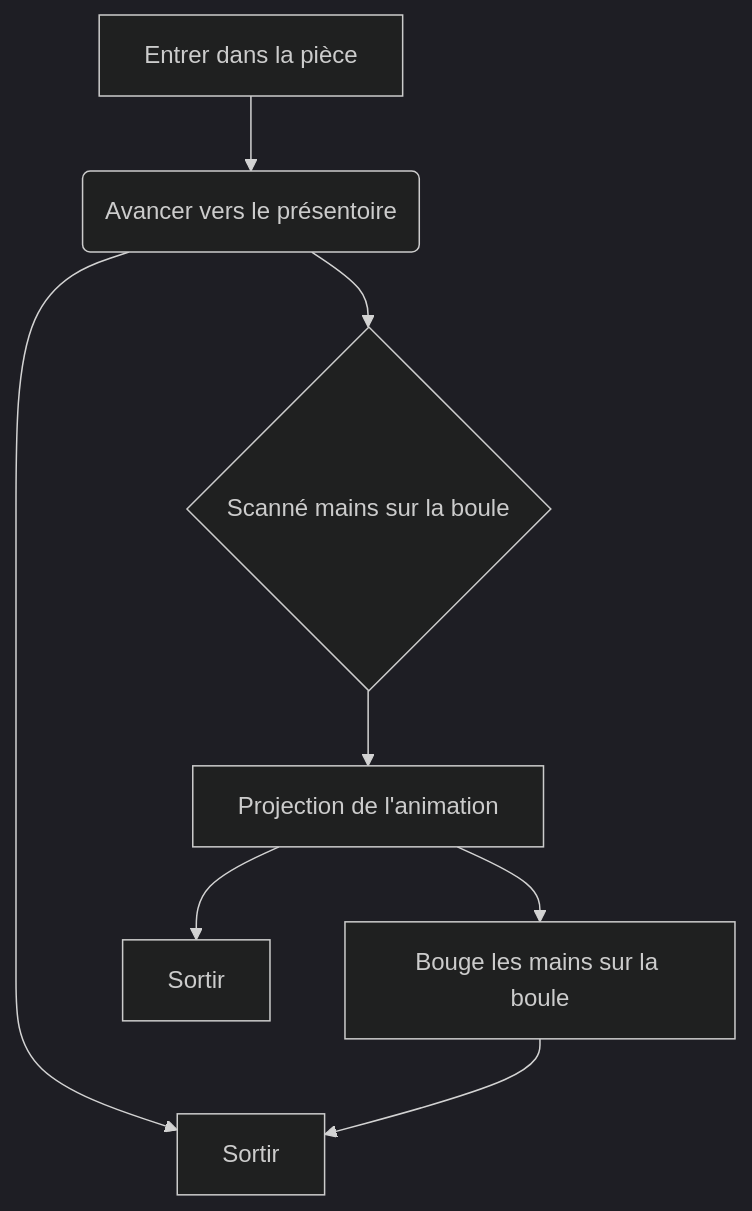
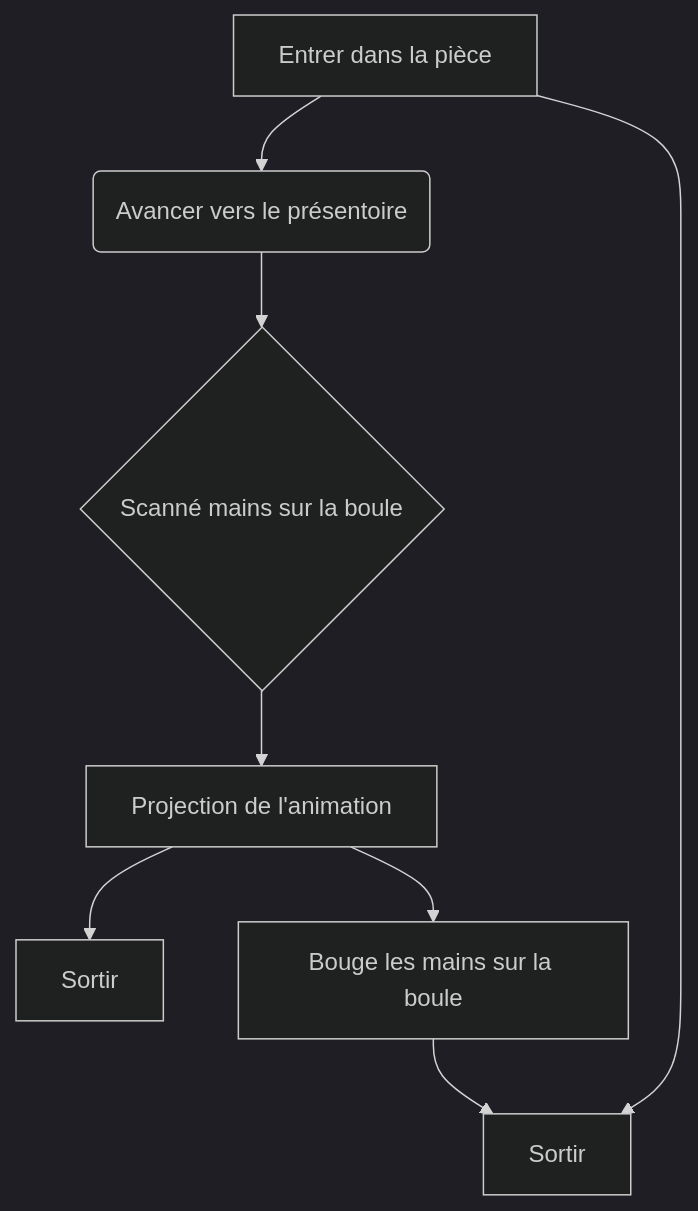
The diagram in README.md (Sitmonternna/scenariser_interactif), drawn with Mermaid (dark theme) before and after one commit.

````diff
--- a/README.md
+++ b/README.md
@@ -15,9 +15,10 @@
 ```mermaid
 flowchart TD
-   A[Entrer dans la pièce] --> B(Avancer vers le présentoire) -->G[Sortir]
+   A[Entrer dans la pièce] --> B(Avancer vers le présentoire)
+    A[Entrer dans la pièce]  -->G[Sortir]
     B --> C{Scanné mains sur la boule}
     C -->D[Projection de l'animation]
     D -->F[Sortir]
     D -->E[Bouge les mains sur la boule]
     E -->G[Sortir]
 ```
````
